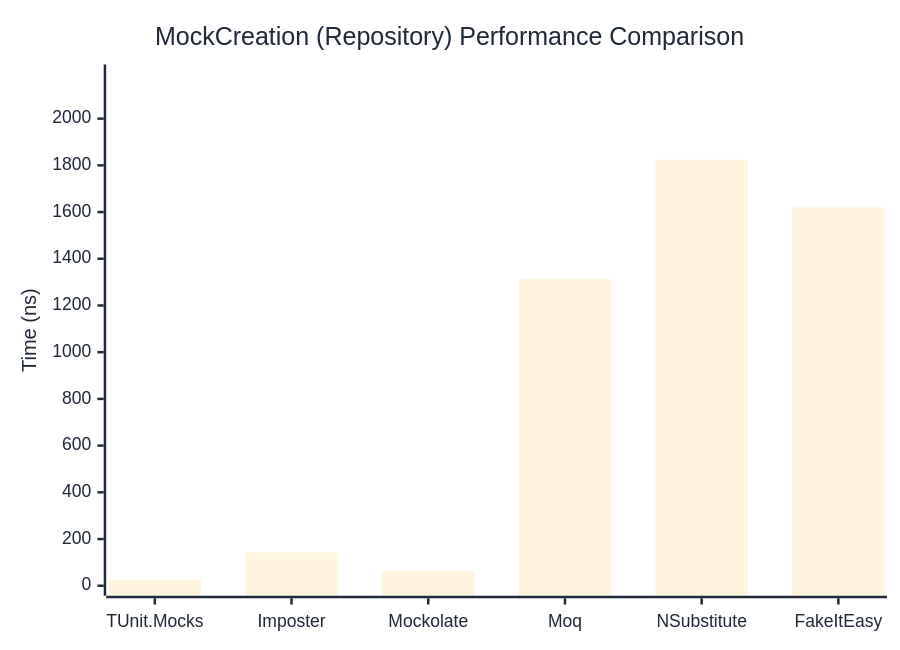
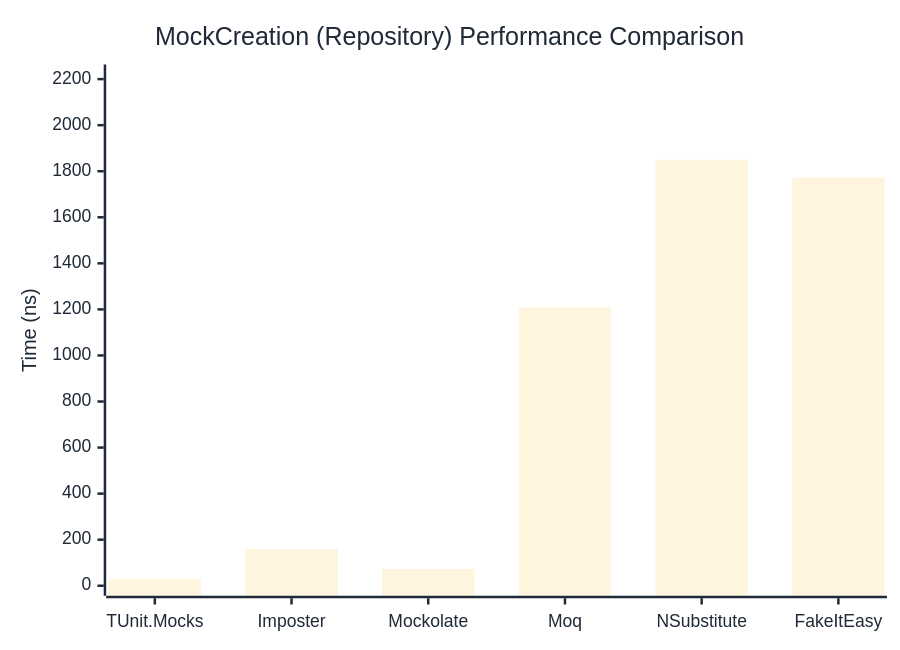
Before and after one commit to thomhurst/TUnit: the second of 2 diagrams in docs/docs/benchmarks/mocks/MockCreation.md, drawn with Mermaid. The commit also changed other lines of this file and 14 other files, not shown here.

````diff
--- a/docs/docs/benchmarks/mocks/MockCreation.md
+++ b/docs/docs/benchmarks/mocks/MockCreation.md
@@ -69,27 +69,27 @@
 ```mermaid
 %%{init: {
   'theme':'base',
   'themeVariables': {
     'primaryColor': '#2563eb',
     'primaryTextColor': '#1f2937',
     'primaryBorderColor': '#1e40af',
     'lineColor': '#6b7280',
     'secondaryColor': '#7c3aed',
     'tertiaryColor': '#dc2626',
     'background': '#ffffff',
     'pie1': '#2563eb',
     'pie2': '#7c3aed',
     'pie3': '#dc2626',
     'pie4': '#f59e0b',
     'pie5': '#10b981',
     'pie6': '#06b6d4',
     'pie7': '#ec4899',
     'pie8': '#6366f1'
   }
 }}%%
 xychart-beta
   title "MockCreation (Repository) Performance Comparison"
   x-axis ["TUnit.Mocks", "Imposter", "Mockolate", "Moq", "NSubstitute", "FakeItEasy"]
-  y-axis "Time (ns)" 0 --> 2189
-  bar [26.03, 142.36, 64.27, 1313.44, 1823.71, 1620.42]
+  y-axis "Time (ns)" 0 --> 2220
+  bar [28.41, 159.91, 73.19, 1208.43, 1849.38, 1772.49]
 ```
````
